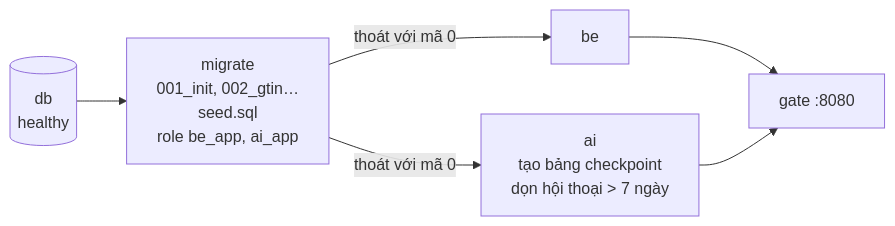
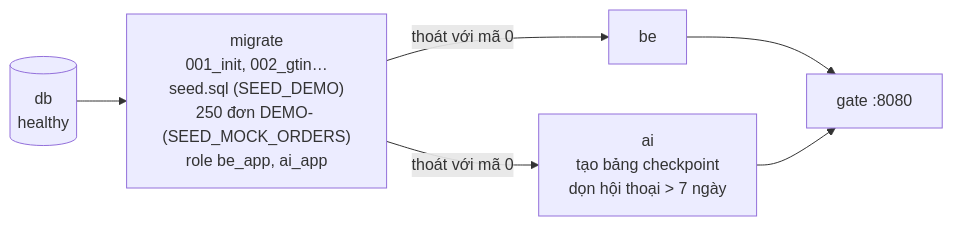
Before and after one commit to vu-wspace/barcode_chatbot: the fourth of 5 diagrams in README.md, drawn with Mermaid. The commit also changed other lines of this file, not shown here.

````diff
--- a/README.md
+++ b/README.md
@@ -156,8 +162,8 @@
 ```mermaid
 flowchart LR
-    DB[("db<br/>healthy")] --> M["migrate<br/>001_init, 002_gtin…<br/>seed.sql<br/>role be_app, ai_app"]
+    DB[("db<br/>healthy")] --> M["migrate<br/>001_init, 002_gtin…<br/>seed.sql (SEED_DEMO)<br/>250 đơn DEMO- (SEED_MOCK_ORDERS)<br/>role be_app, ai_app"]
     M -- "thoát với mã 0" --> BE["be"]
     M -- "thoát với mã 0" --> AI["ai<br/>tạo bảng checkpoint<br/>dọn hội thoại > 7 ngày"]
     BE --> G["gate :8080"]
     AI --> G
 ```
````
